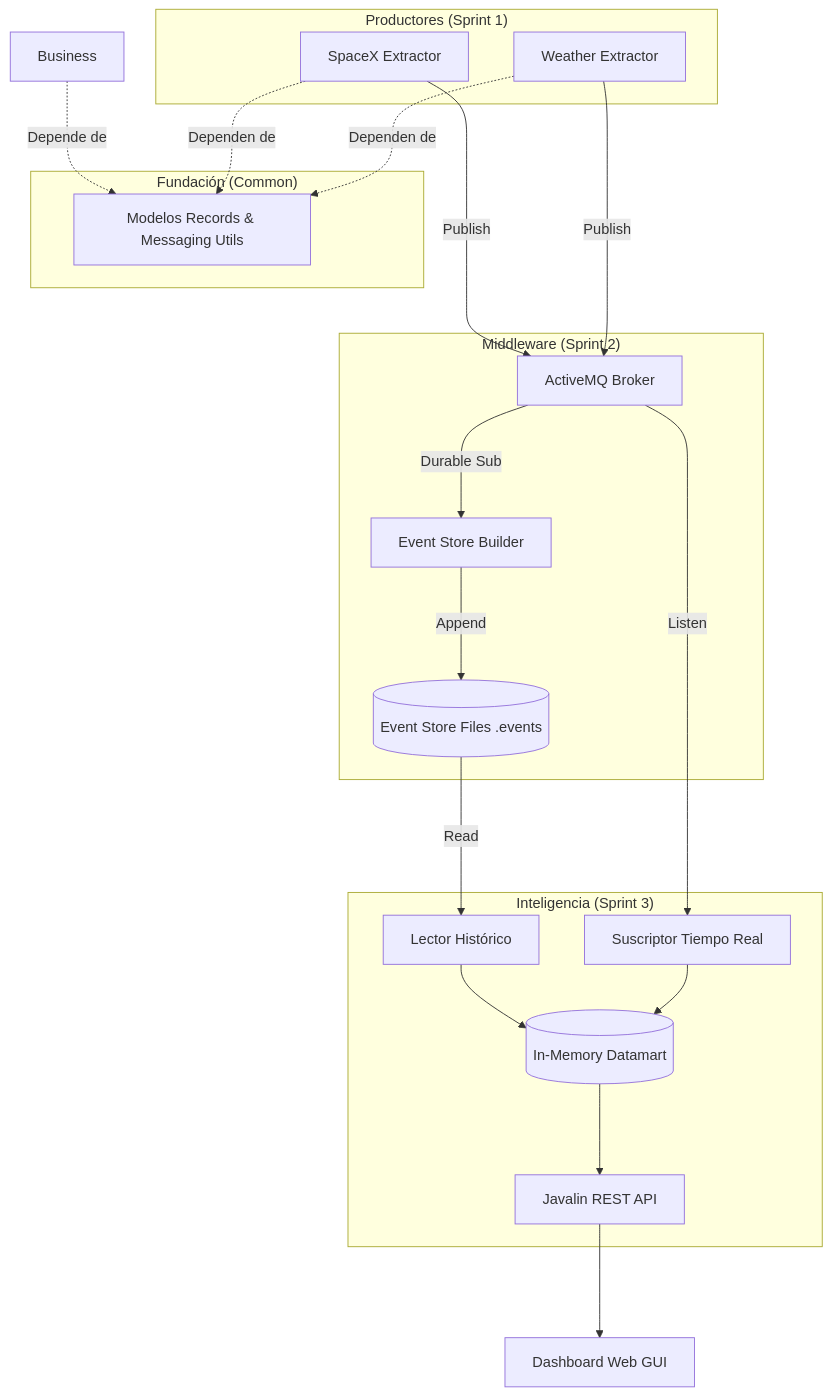
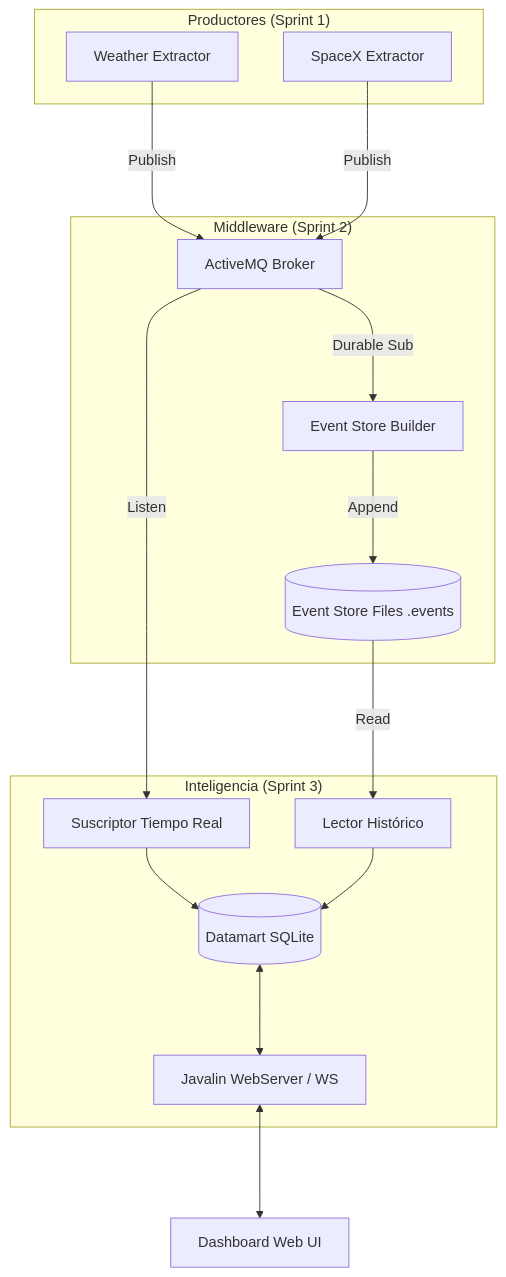
One commit to OmeletCode/dacd-data-app changed the first of 2 diagrams in README.md. Above: the diagram before and after it, drawn with Mermaid. The commit also changed other lines of this file and 63 other files, not shown here.

Commit message:
Fix: resolver bloqueo de SQLite (WAL mode), estabilizar WebSockets y actualizar documentación final

````diff
--- a/README.md
+++ b/README.md
@@ -37,39 +36,32 @@
 ```mermaid
 graph TD
-    subgraph "Fundación (Common)"
-        CM[Modelos Records & Messaging Utils]
-    end
-
     subgraph "Productores (Sprint 1)"
         WE[Weather Extractor]
         SE[SpaceX Extractor]
     end
 
     subgraph "Middleware (Sprint 2)"
         B[ActiveMQ Broker]
         ES[Event Store Builder]
         HD[(Event Store Files .events)]
     end
 
     subgraph "Inteligencia (Sprint 3)"
         AS[Suscriptor Tiempo Real]
         ER[Lector Histórico]
-        DM[(In-Memory Datamart)]
-        API[Javalin REST API]
+        DM[(Datamart SQLite)]
+        API[Javalin WebServer / WS]
     end
 
-    GUI[Dashboard Web GUI]
-
-    WE & SE -.->|Dependen de| CM
-    Business -.->|Depende de| CM
+    GUI[Dashboard Web UI]
 
     WE --->|Publish| B
     SE --->|Publish| B
     B --->|Durable Sub| ES
     ES --->|Append| HD
     B --->|Listen| AS
     HD --->|Read| ER
     AS & ER --> DM
-    DM ---> API
-    API ---> GUI
+    DM <---> API
+    API <---> GUI
 ```
````
